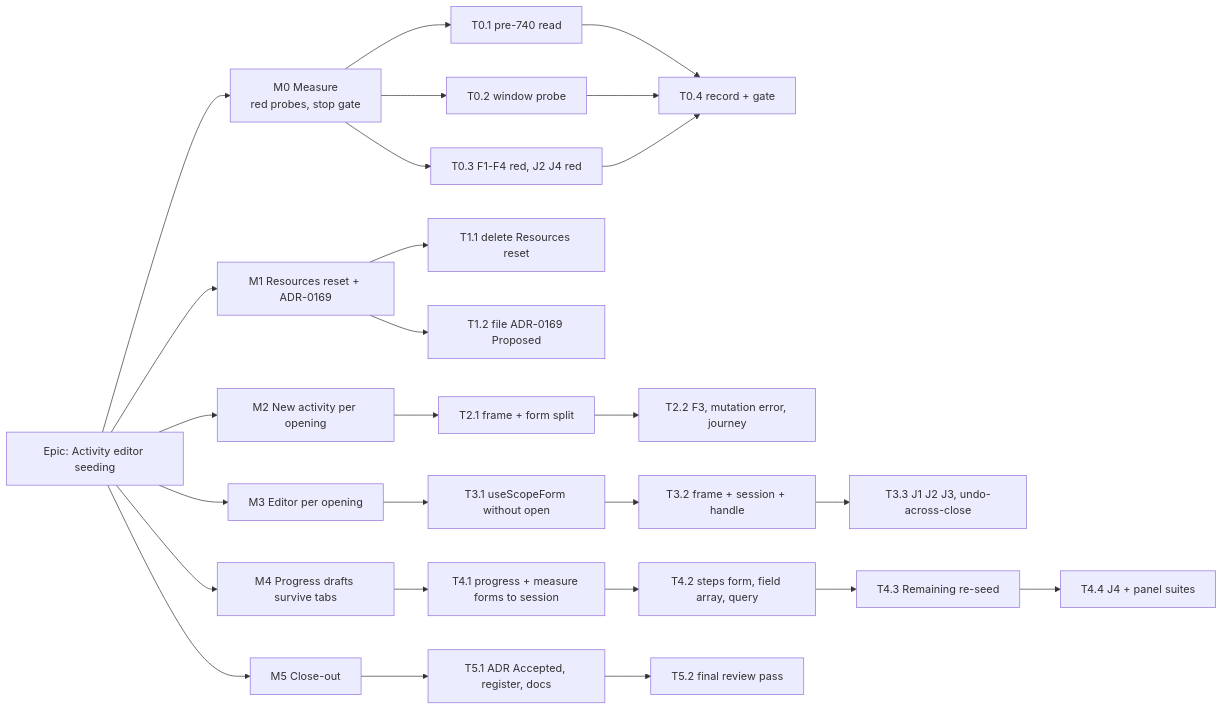
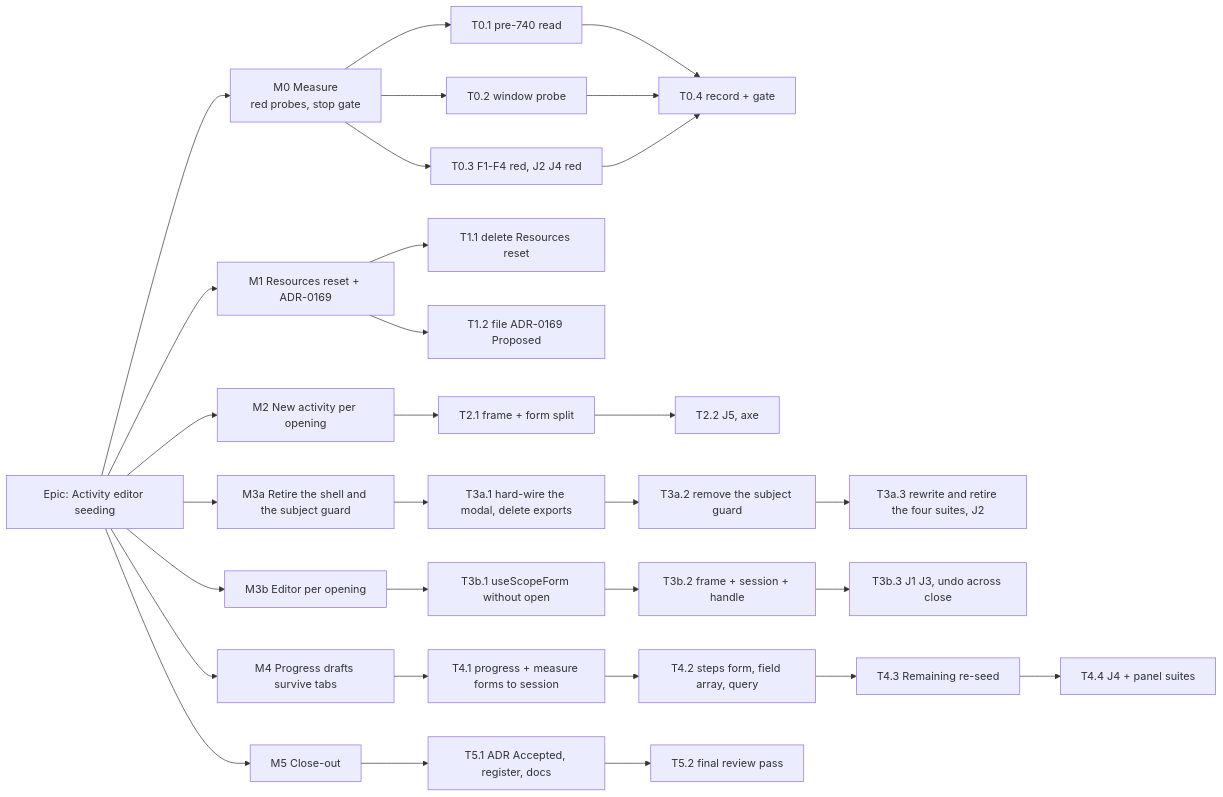
Before and after one commit to HuttonHomeHub/SchedulePoint_1: the diagram in docs/specs/activity-editor-seeding/implementation-plan.md, drawn with Mermaid. The commit also changed other lines of this file and 1 other file, not shown here.

First line of the commit message:
docs(docs): apply the product owner's NQ-1 (b) to the activity editor spec and record approval

````diff
--- a/docs/specs/activity-editor-seeding/implementation-plan.md
+++ b/docs/specs/activity-editor-seeding/implementation-plan.md
@@ -11,15 +13,17 @@
 ```mermaid
 flowchart LR
   E[Epic: Activity editor seeding] --> M0[M0 Measure<br/>red probes, stop gate]
   E --> M1[M1 Resources reset + ADR-0169]
   E --> M2[M2 New activity per opening]
-  E --> M3[M3 Editor per opening]
+  E --> M3a[M3a Retire the shell and the subject guard]
+  E --> M3b[M3b Editor per opening]
   E --> M4[M4 Progress drafts survive tabs]
   E --> M5[M5 Close-out]
   M0 --> T01[T0.1 pre-740 read] & T02[T0.2 window probe] & T03[T0.3 F1-F4 red, J2 J4 red] --> T04[T0.4 record + gate]
   M1 --> T11[T1.1 delete Resources reset] & T12[T1.2 file ADR-0169 Proposed]
-  M2 --> T21[T2.1 frame + form split] --> T22[T2.2 F3, mutation error, journey]
-  M3 --> T31[T3.1 useScopeForm without open] --> T32[T3.2 frame + session + handle] --> T33[T3.3 J1 J2 J3, undo-across-close]
+  M2 --> T21[T2.1 frame + form split] --> T22[T2.2 J5, axe]
+  M3a --> T3a1[T3a.1 hard-wire the modal, delete exports] --> T3a2[T3a.2 remove the subject guard] --> T3a3[T3a.3 rewrite and retire the four suites, J2]
+  M3b --> T3b1[T3b.1 useScopeForm without open] --> T3b2[T3b.2 frame + session + handle] --> T3b3[T3b.3 J1 J3, undo across close]
   M4 --> T41[T4.1 progress + measure forms to session] --> T42[T4.2 steps form, field array, query] --> T43[T4.3 Remaining re-seed] --> T44[T4.4 J4 + panel suites]
   M5 --> T51[T5.1 ADR Accepted, register, docs] --> T52[T5.2 final review pass]
 ```
````
